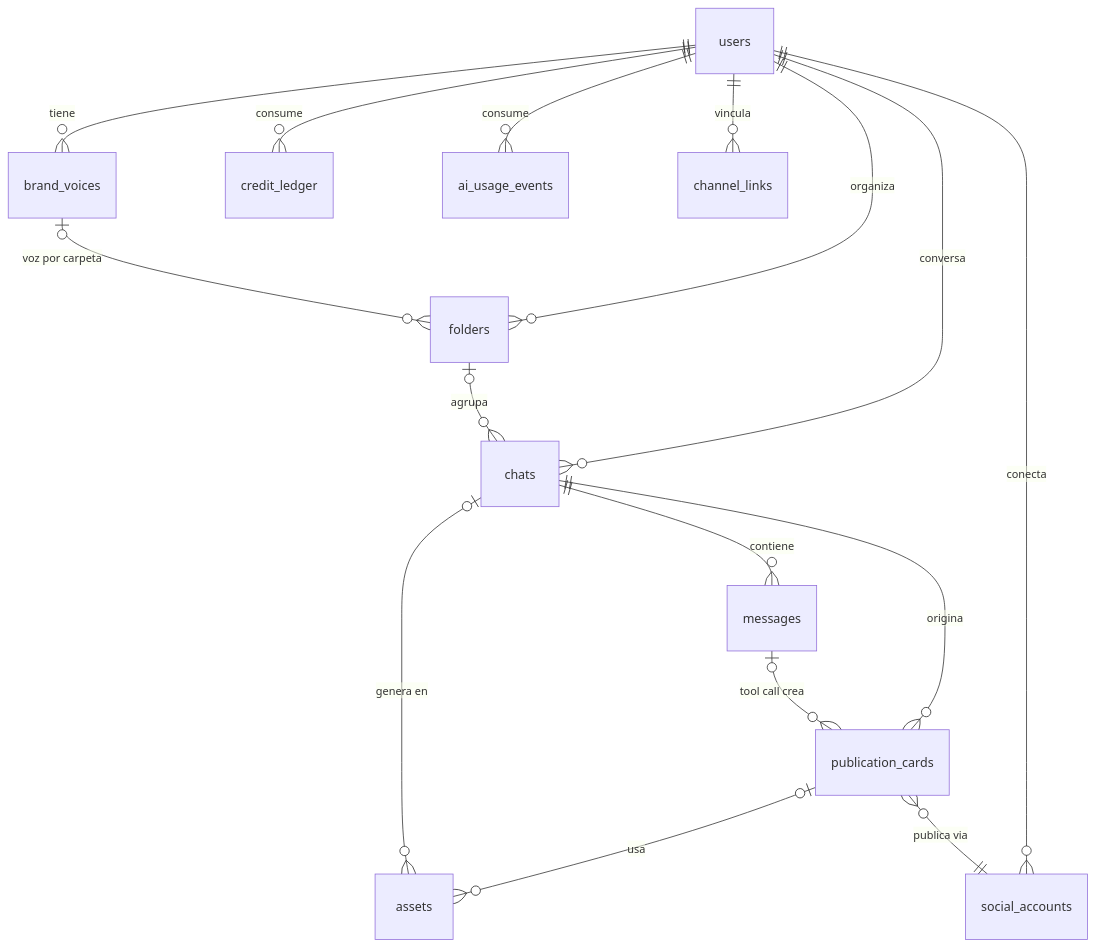
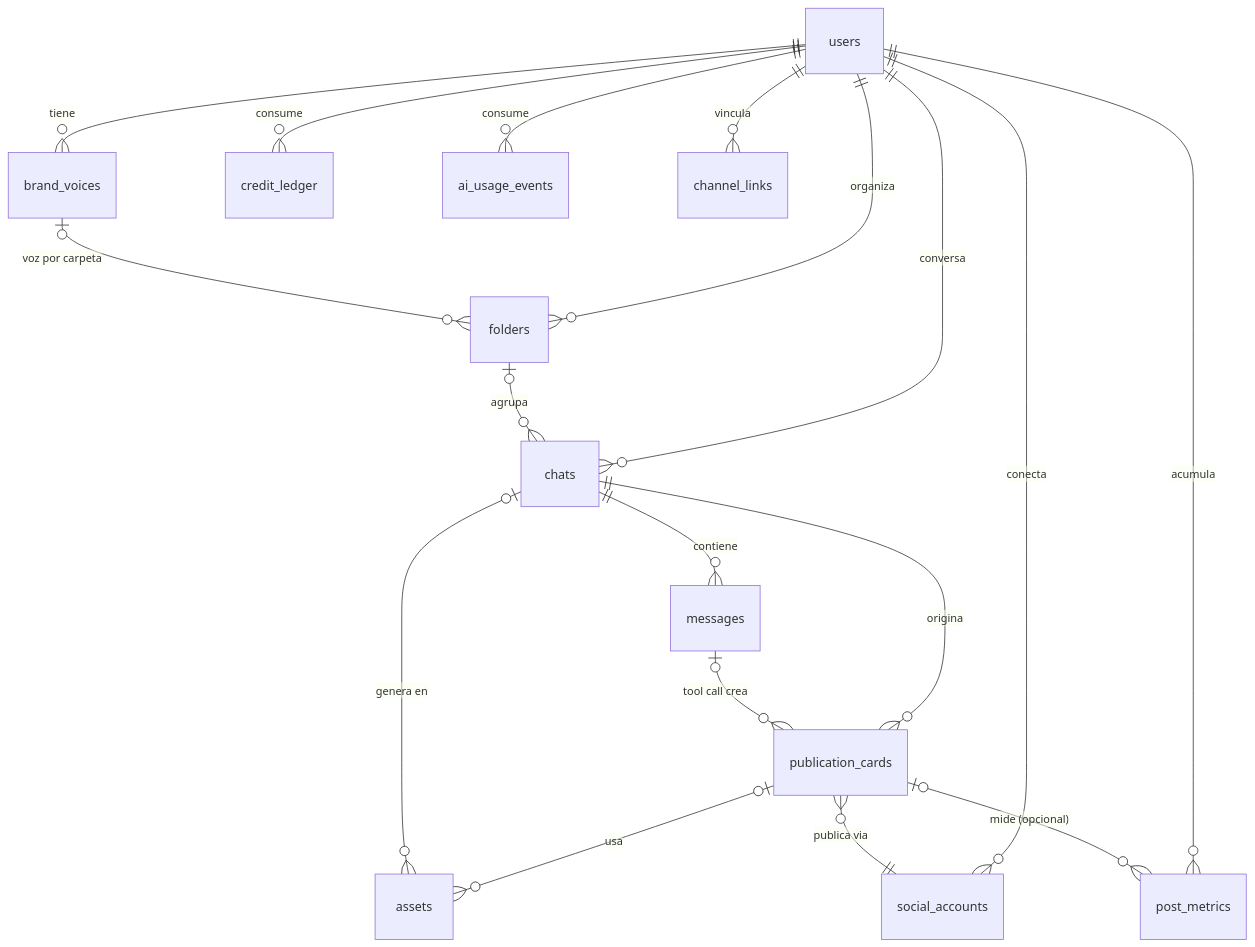
One commit to jata-imk/presencia changed the diagram in docs/reference/modelo-de-datos.md. Above: the diagram before and after it, drawn with Mermaid. The commit also changed other lines of this file and 10 other files, not shown here.

First line of the commit message:
feat(f8.7): tabla post_metrics, un snapshot por post y día (#71)

````diff
--- a/docs/reference/modelo-de-datos.md
+++ b/docs/reference/modelo-de-datos.md
@@ -233,18 +258,20 @@
 ```mermaid
 erDiagram
     users ||--o{ brand_voices : tiene
     users ||--o{ folders : organiza
     users ||--o{ chats : conversa
     users ||--o{ credit_ledger : consume
     users ||--o{ ai_usage_events : consume
     users ||--o{ channel_links : vincula
     users ||--o{ social_accounts : conecta
     brand_voices |o--o{ folders : "voz por carpeta"
     folders |o--o{ chats : agrupa
     chats ||--o{ messages : contiene
     chats ||--o{ publication_cards : origina
     messages |o--o{ publication_cards : "tool call crea"
     publication_cards |o--o{ assets : usa
     chats |o--o{ assets : "genera en"
     publication_cards }o--|| social_accounts : "publica via"
+    users ||--o{ post_metrics : acumula
+    publication_cards |o--o{ post_metrics : "mide (opcional)"
 ```
````
